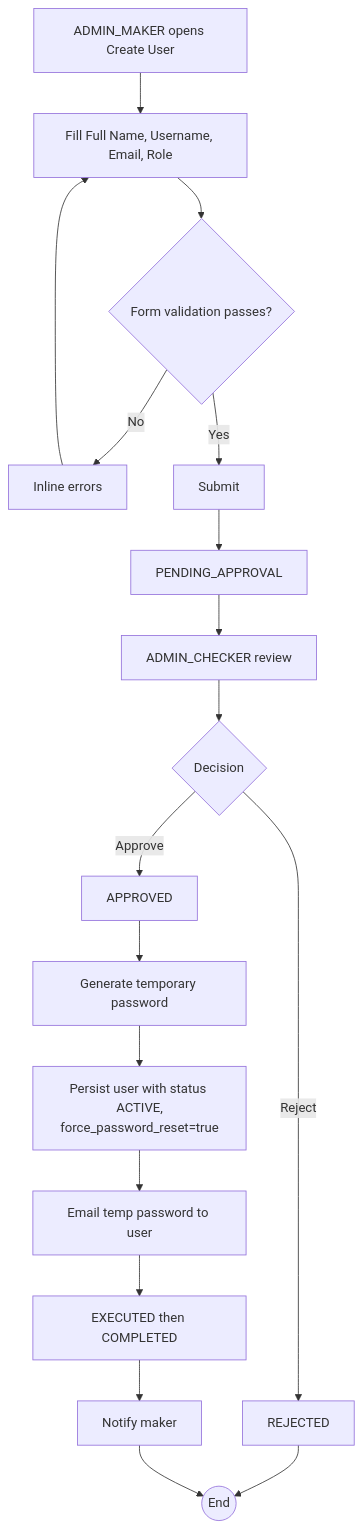
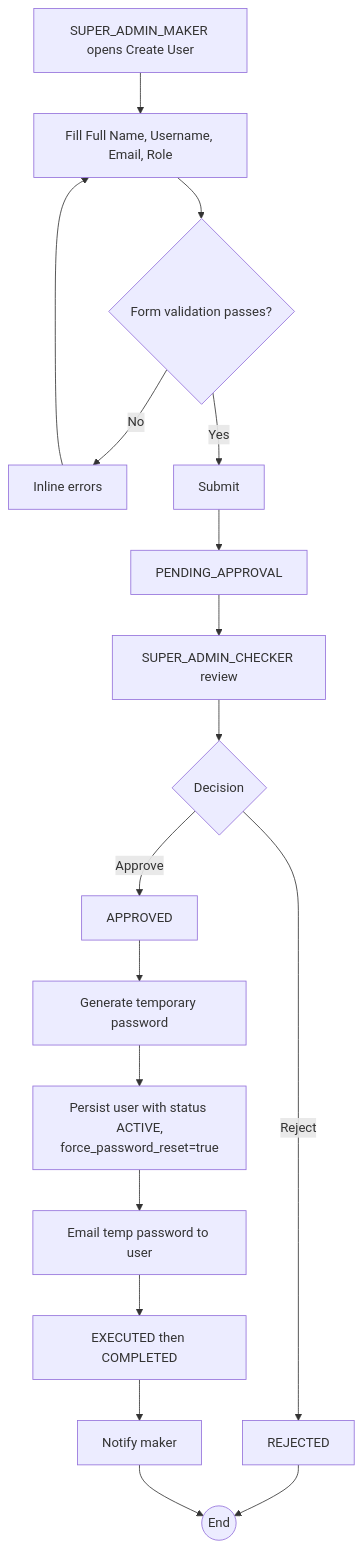
The diagram in Docs/1-Requirements/Workflows/WF-005-user-creation.md (ruthvikchandravanam/Nexus-CA), drawn with Mermaid before and after one commit. The commit also changed other lines of this file and 33 other files, not shown here.

````diff
--- a/Docs/1-Requirements/Workflows/WF-005-user-creation.md
+++ b/Docs/1-Requirements/Workflows/WF-005-user-creation.md
@@ -22,18 +22,18 @@
 ```mermaid
 flowchart TD
-    A[ADMIN_MAKER opens Create User] --> B[Fill Full Name, Username, Email, Role]
+    A[SUPER_ADMIN_MAKER opens Create User] --> B[Fill Full Name, Username, Email, Role]
     B --> C{Form validation passes?}
     C -- No --> C1[Inline errors] --> B
     C -- Yes --> D[Submit]
     D --> E[PENDING_APPROVAL]
-    E --> F[ADMIN_CHECKER review]
+    E --> F[SUPER_ADMIN_CHECKER review]
     F --> G{Decision}
     G -- Reject --> R[REJECTED] --> Z((End))
     G -- Approve --> H[APPROVED]
     H --> I[Generate temporary password]
     I --> J[Persist user with status ACTIVE,<br/>force_password_reset=true]
     J --> K[Email temp password to user]
     K --> L[EXECUTED then COMPLETED]
     L --> M[Notify maker]
     M --> Z
 ```
````
